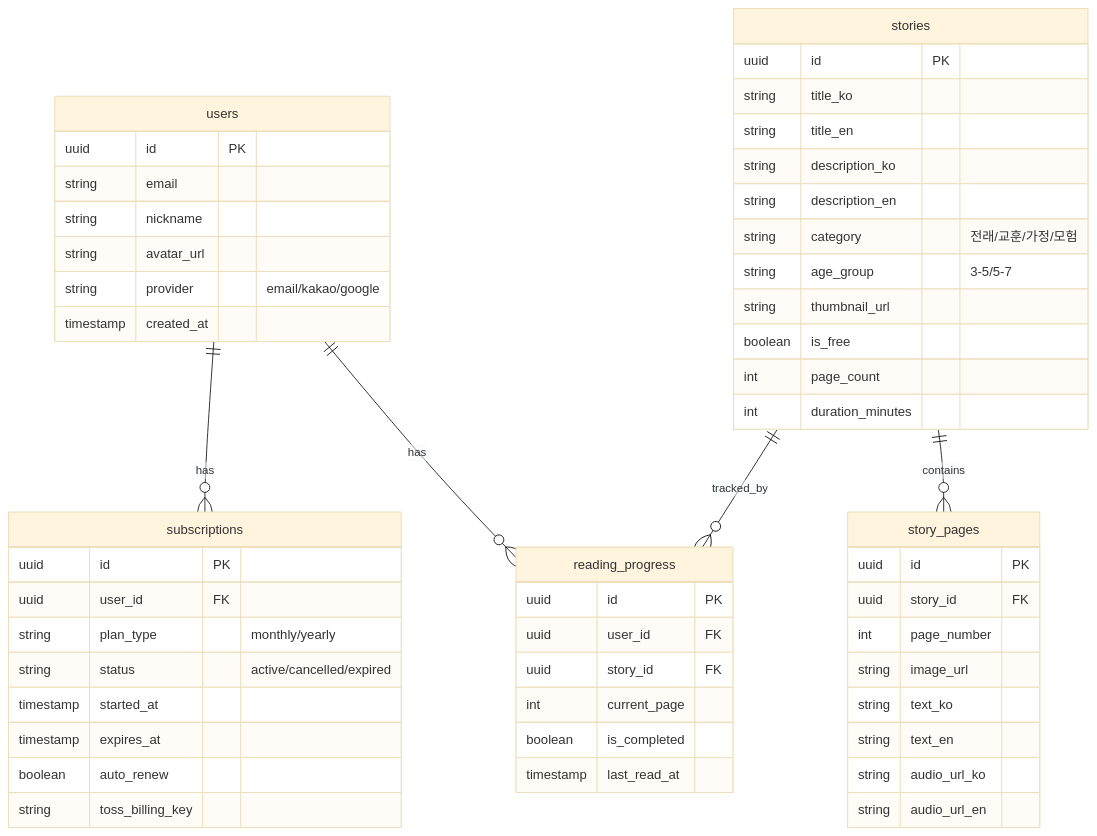
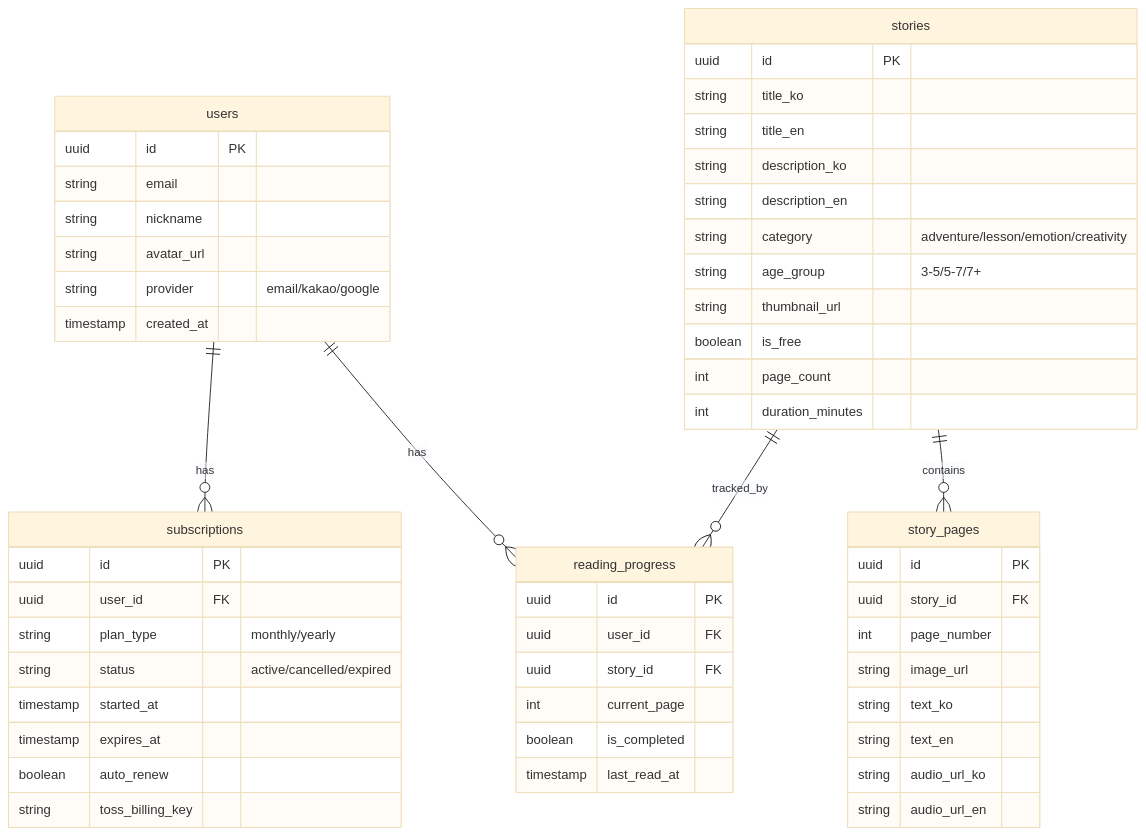
Before and after one commit to youngkim90/ddukddak-api: the second of 2 diagrams in CLAUDE.md, drawn with Mermaid (base theme). The commit also changed other lines of this file and 13 other files, not shown here.

````diff
--- a/CLAUDE.md
+++ b/CLAUDE.md
@@ -166,61 +166,61 @@
 ```mermaid
 erDiagram
     users ||--o{ subscriptions : has
     users ||--o{ reading_progress : has
     stories ||--o{ story_pages : contains
     stories ||--o{ reading_progress : tracked_by
 
     users {
         uuid id PK
         string email
         string nickname
         string avatar_url
         string provider "email/kakao/google"
         timestamp created_at
     }
 
     stories {
         uuid id PK
         string title_ko
         string title_en
         string description_ko
         string description_en
-        string category "전래/교훈/가정/모험"
-        string age_group "3-5/5-7"
+        string category "adventure/lesson/emotion/creativity"
+        string age_group "3-5/5-7/7+"
         string thumbnail_url
         boolean is_free
         int page_count
         int duration_minutes
     }
 
     story_pages {
         uuid id PK
         uuid story_id FK
         int page_number
         string image_url
         string text_ko
         string text_en
         string audio_url_ko
         string audio_url_en
     }
 
     subscriptions {
         uuid id PK
         uuid user_id FK
         string plan_type "monthly/yearly"
         string status "active/cancelled/expired"
         timestamp started_at
         timestamp expires_at
         boolean auto_renew
         string toss_billing_key
     }
 
     reading_progress {
         uuid id PK
         uuid user_id FK
         uuid story_id FK
         int current_page
         boolean is_completed
         timestamp last_read_at
     }
 ```
````
